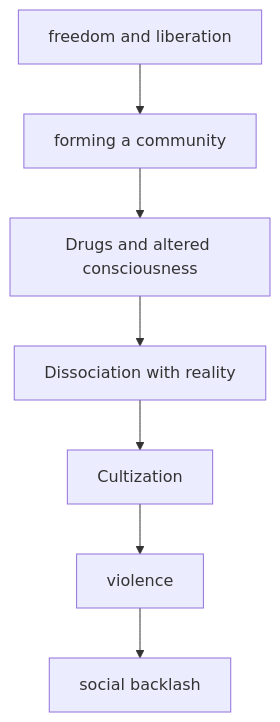
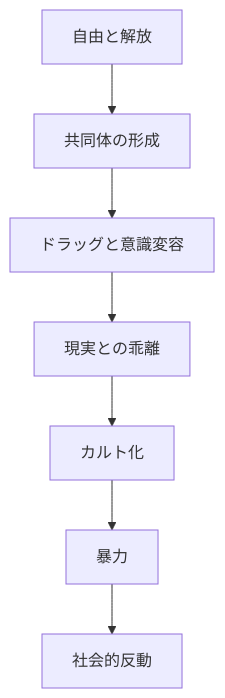
Before and after one commit to monumental-movement/monumental-movement.github.io: the second of 2 diagrams in en/_posts/2026-03-22-column-charles-manson.md, drawn with Mermaid. The commit also changed other lines of this file and 2196 other files, not shown here.

```diff
--- a/en/_posts/2026-03-22-column-charles-manson.md
+++ b/en/_posts/2026-03-22-column-charles-manson.md
@@ -156,9 +156,9 @@
 <div class="mermaid">
 graph TD
-    A[freedom and liberation] --> B[forming a community]
-    B --> C[Drugs and altered consciousness]
-    C --> D[Dissociation with reality]
-    D --> E[Cultization]
-    E --> F[violence]
-    F --> G[social backlash]
+    A[自由と解放] --> B[共同体の形成]
+    B --> C[ドラッグと意識変容]
+    C --> D[現実との乖離]
+    D --> E[カルト化]
+    E --> F[暴力]
+    F --> G[社会的反動]
 </div>
```
